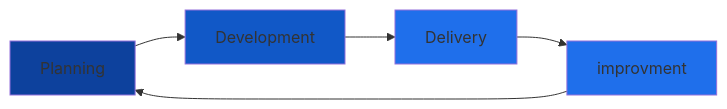
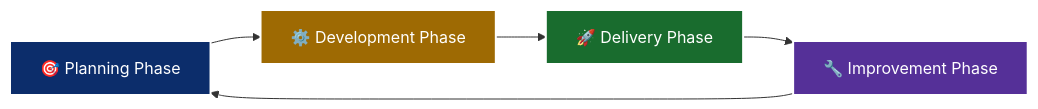
The second of 3 diagrams in Detection-Engineering-Lifecycle.md (josamontiel/Detection-Engineering-Framework), drawn with Mermaid before and after one commit. The commit also changed other lines of this file, not shown here.

````diff
--- a/Detection-Engineering-Lifecycle.md
+++ b/Detection-Engineering-Lifecycle.md
@@ -63,12 +62,12 @@
 ```mermaid
-flowchart LR
-    A[Planning] --> B[Development]
-    B --> C[Delivery]
-    C --> D[improvment]
+graph LR
+    A[🎯 Planning Phase] --> B[⚙️ Development Phase]
+    B --> C[🚀 Delivery Phase]
+    C --> D[🔧 Improvement Phase]
     D --> A
-
-    style A fill:#0d419d
-    style B fill:#1158c7
-    style C fill:#1f6feb
-    style D fill:#1f6feb
+    
+    style A fill:#0c2d6b,stroke:#fff,stroke-width:2px,color:#fff
+    style B fill:#9e6a03,stroke:#fff,stroke-width:2px,color:#fff
+    style C fill:#196c2e,stroke:#fff,stroke-width:2px,color:#fff
+    style D fill:#553098,stroke:#fff,stroke-width:2px,color:#fff
 ```
````
